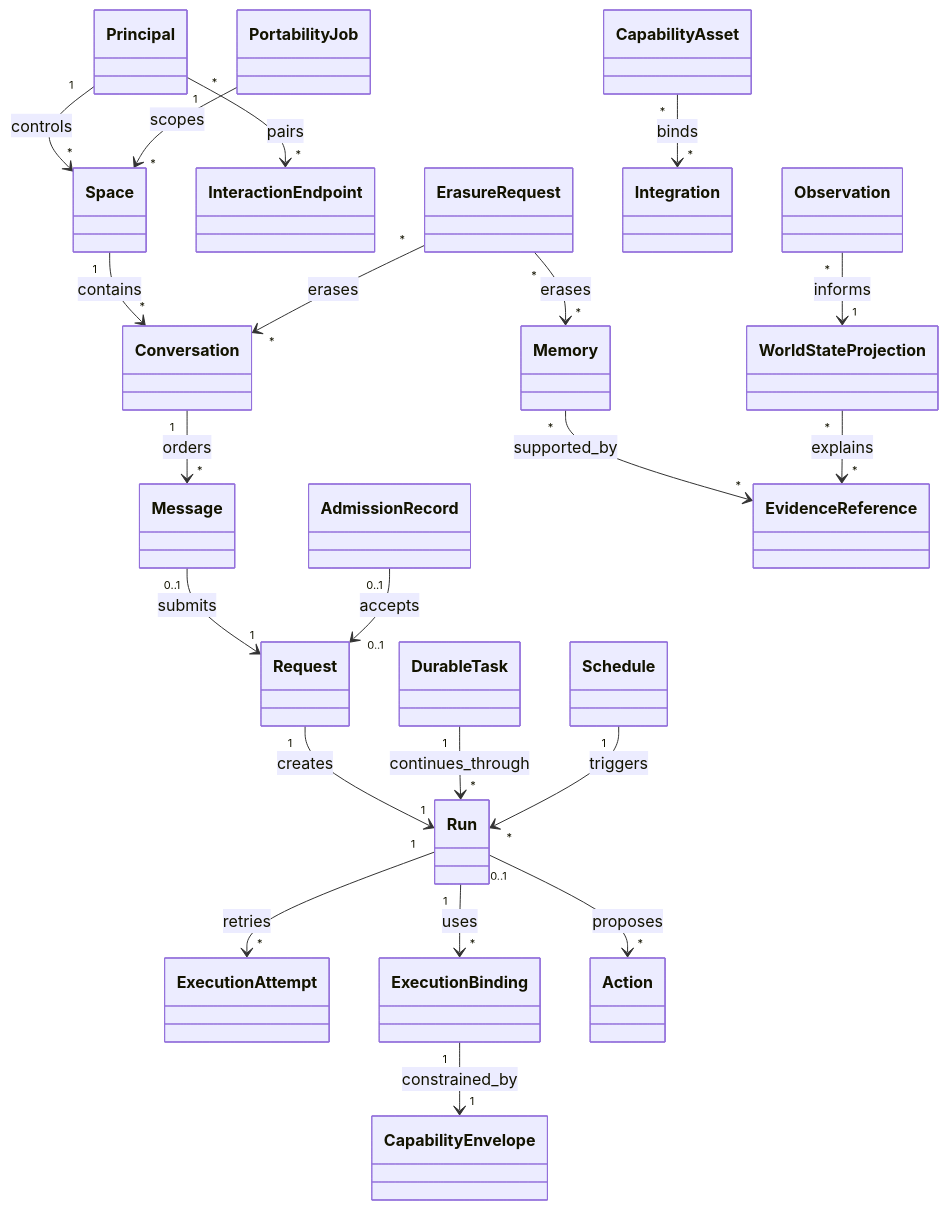
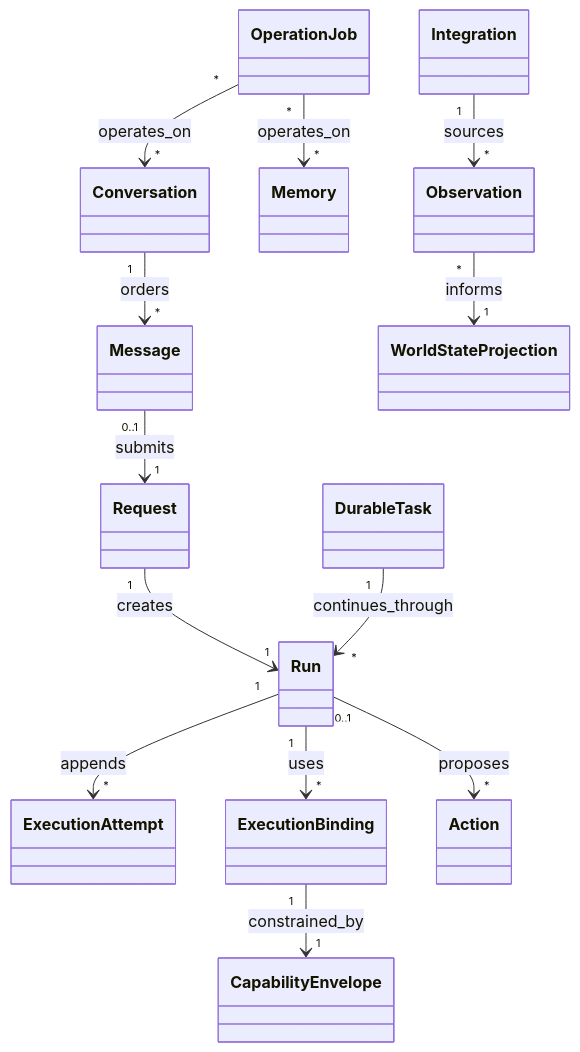
Before and after one commit to wzw57/OpenShadow: the first of 2 diagrams in docs/domain-model.md, drawn with Mermaid. The commit also changed other lines of this file, not shown here.

```diff
--- a/docs/domain-model.md
+++ b/docs/domain-model.md
@@ -114,46 +189,30 @@
 ~~~mermaid
 classDiagram
-    class Principal
-    class Space
-    class InteractionEndpoint
     class Conversation
     class Message
-    class AdmissionRecord
     class Request
     class Run
     class ExecutionAttempt
     class ExecutionBinding
     class CapabilityEnvelope
     class DurableTask
     class Memory
-    class EvidenceReference
     class Observation
     class WorldStateProjection
-    class CapabilityAsset
     class Integration
     class Action
-    class Schedule
-    class PortabilityJob
-    class ErasureRequest
+    class OperationJob
 
-    Principal "1" --> "*" Space : controls
-    Principal "1" --> "*" InteractionEndpoint : pairs
-    Space "1" --> "*" Conversation : contains
     Conversation "1" --> "*" Message : orders
     Message "0..1" --> "1" Request : submits
-    AdmissionRecord "0..1" --> "0..1" Request : accepts
     Request "1" --> "1" Run : creates
-    Run "1" --> "*" ExecutionAttempt : retries
+    Run "1" --> "*" ExecutionAttempt : appends
     Run "1" --> "*" ExecutionBinding : uses
     ExecutionBinding "1" --> "1" CapabilityEnvelope : constrained_by
     DurableTask "1" --> "*" Run : continues_through
-    Memory "*" --> "*" EvidenceReference : supported_by
     Observation "*" --> "1" WorldStateProjection : informs
-    WorldStateProjection "*" --> "*" EvidenceReference : explains
-    CapabilityAsset "*" --> "*" Integration : binds
+    Integration "1" --> "*" Observation : sources
     Run "0..1" --> "*" Action : proposes
-    Schedule "1" --> "*" Run : triggers
-    ErasureRequest "*" --> "*" Memory : erases
-    ErasureRequest "*" --> "*" Conversation : erases
-    PortabilityJob "*" --> "*" Space : scopes
+    OperationJob "*" --> "*" Memory : operates_on
+    OperationJob "*" --> "*" Conversation : operates_on
 ~~~
```
